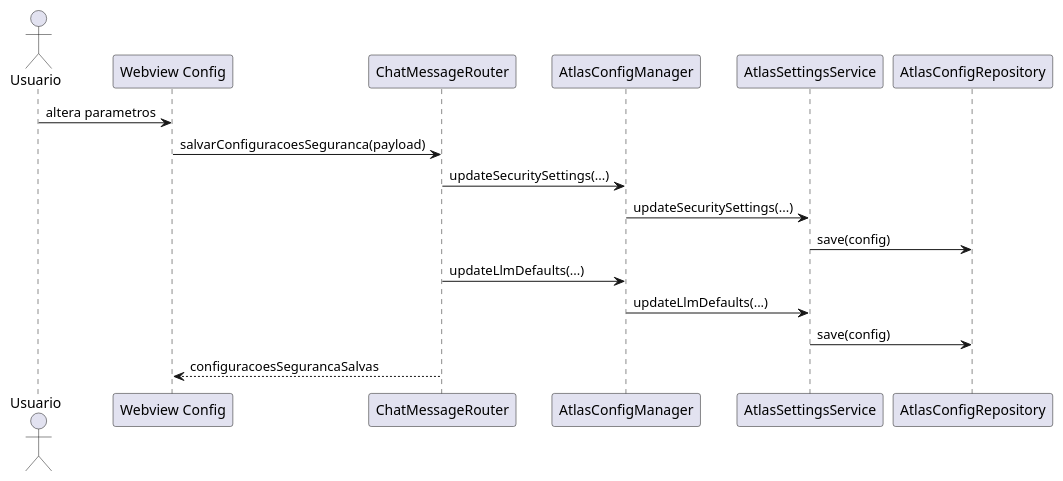
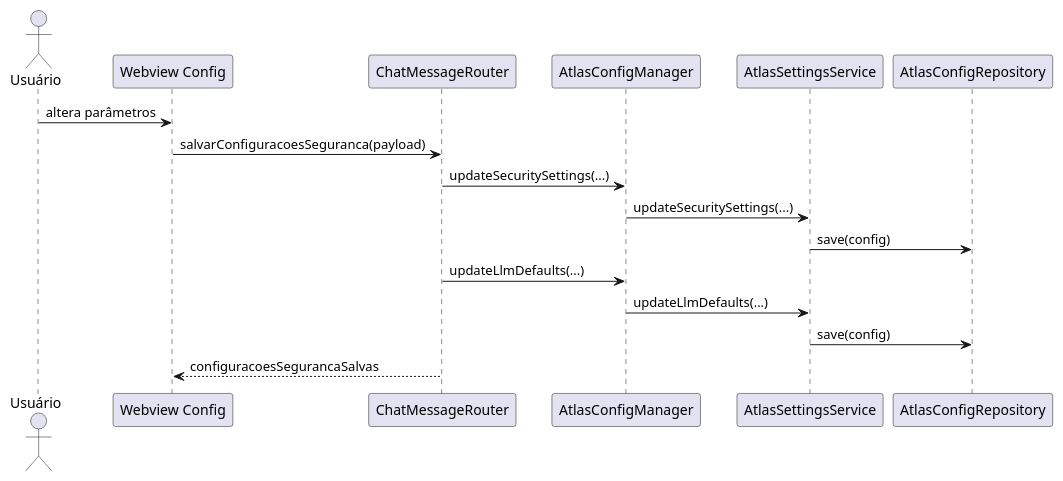
Before and after one commit to JVictorVI/ATLAS: diagram 16 of 38 in docs/plantuml-diagramas-por-caso-de-uso-atlas.md, drawn with PlantUML. The commit also changed other lines of this file and 5 other files, not shown here.

Commit message:
Atualiza diagramas e casos de uso

````diff
--- a/docs/plantuml-diagramas-por-caso-de-uso-atlas.md
+++ b/docs/plantuml-diagramas-por-caso-de-uso-atlas.md
@@ -489,21 +508,21 @@
 ```plantuml
 @startuml
 skinparam shadowing false
-actor Usuario
+actor Usuário
 participant "Webview Config" as Webview
 participant ChatMessageRouter as Router
 participant AtlasConfigManager as Config
 participant AtlasSettingsService as Settings
 participant AtlasConfigRepository as Repository
 
-Usuario -> Webview : altera parametros
+Usuário -> Webview : altera parâmetros
 Webview -> Router : salvarConfiguracoesSeguranca(payload)
 Router -> Config : updateSecuritySettings(...)
 Config -> Settings : updateSecuritySettings(...)
 Settings -> Repository : save(config)
 Router -> Config : updateLlmDefaults(...)
 Config -> Settings : updateLlmDefaults(...)
 Settings -> Repository : save(config)
 Router --> Webview : configuracoesSegurancaSalvas
 @enduml
 ```
````
